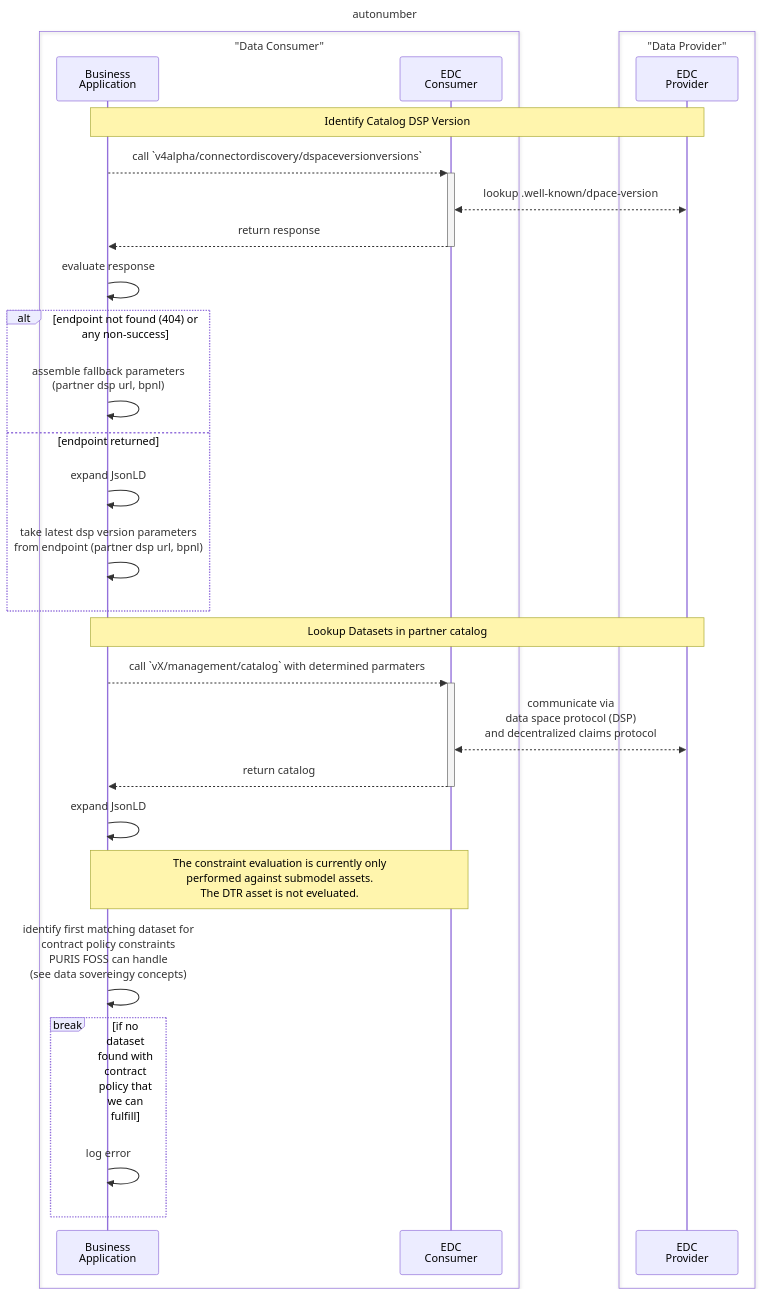
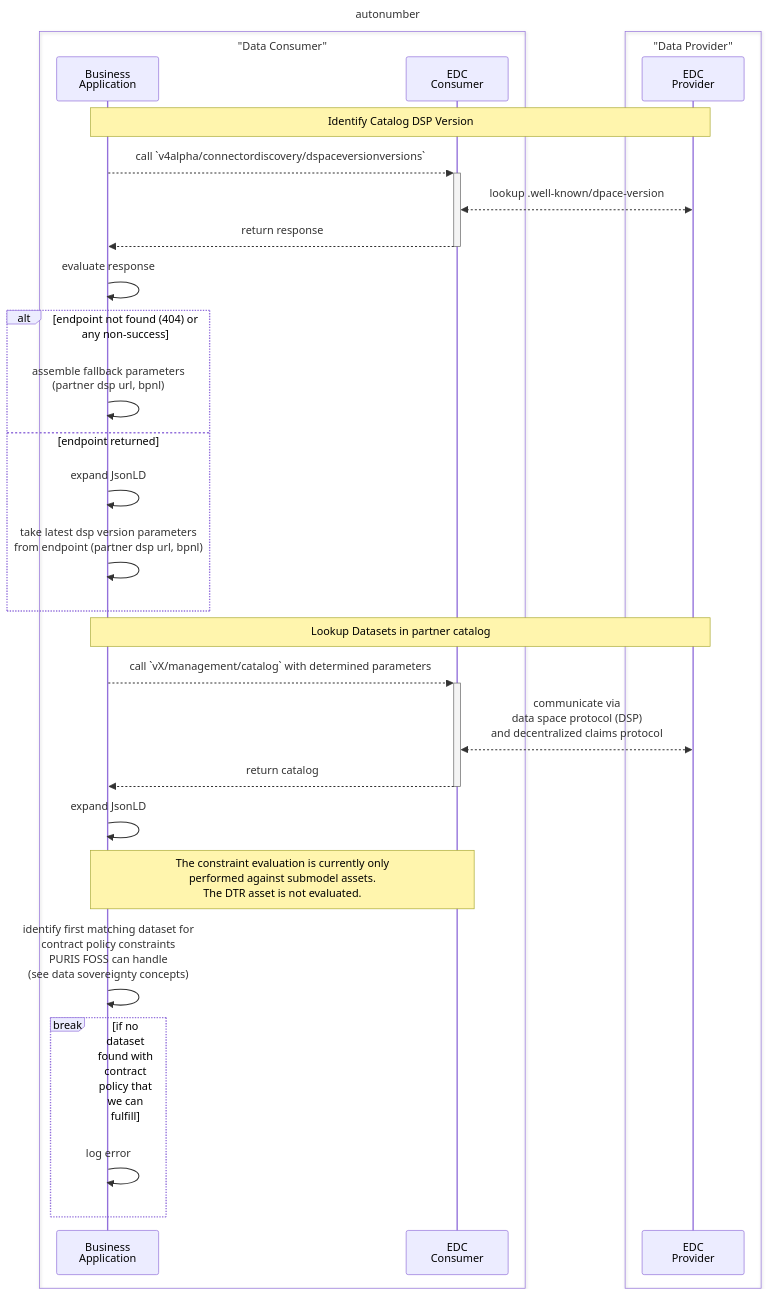
The diagram in docs/architecture/06_runtime_view.md (eclipse-tractusx/puris), drawn with Mermaid before and after one commit. The commit also changed 2 other files, not shown here.

Commit message:
fix: remove typos and ease implementation

````diff
--- a/docs/architecture/06_runtime_view.md
+++ b/docs/architecture/06_runtime_view.md
@@ -13,39 +13,39 @@
 ```mermaid
 sequenceDiagram
    title
    autonumber
 
    box "Data Consumer"
    participant app_cons as Business<br/>Application
    participant edc_cons as EDC<br/>Consumer
    end
 
    box "Data Provider"
    participant edc_prov as EDC<br/>Provider
    end
 
    note over app_cons,edc_prov: Identify Catalog DSP Version
    app_cons -->>+ edc_cons: call `v4alpha/connectordiscovery/dspaceversionversions`
    edc_cons <<-->> edc_prov: lookup .well-known/dpace-version
    edc_cons -->>-app_cons: return response
    app_cons ->> app_cons: evaluate response
    alt endpoint not found (404) or any non-success
       app_cons ->> app_cons: assemble fallback parameters<br>(partner dsp url, bpnl)
    else endpoint returned 
       app_cons ->> app_cons: expand JsonLD
       app_cons ->> app_cons: take latest dsp version parameters<br>from endpoint (partner dsp url, bpnl)
    end
    
    note over app_cons,edc_prov: Lookup Datasets in partner catalog
-   app_cons -->>+ edc_cons: call `vX/management/catalog` with determined parmaters
+   app_cons -->>+ edc_cons: call `vX/management/catalog` with determined parameters
    edc_cons <<-->> edc_prov: communicate via <br>data space protocol (DSP)<br>and decentralized claims protocol
    edc_cons -->>-app_cons: return catalog
 
    app_cons ->> app_cons: expand JsonLD
-   note over app_cons,edc_cons: The constraint evaluation is currently only<br>performed against submodel assets.<br>The DTR asset is not eveluated.
-   app_cons ->> app_cons: identify first matching dataset for<br>contract policy constraints<br>PURIS FOSS can handle<br>(see data sovereingy concepts)
+   note over app_cons,edc_cons: The constraint evaluation is currently only<br>performed against submodel assets.<br>The DTR asset is not evaluated.
+   app_cons ->> app_cons: identify first matching dataset for<br>contract policy constraints<br>PURIS FOSS can handle<br>(see data sovereignty concepts)
 
    break if no dataset found with contract policy that we can fulfill
       app_cons ->> app_cons: log error
    end
 ```
````
